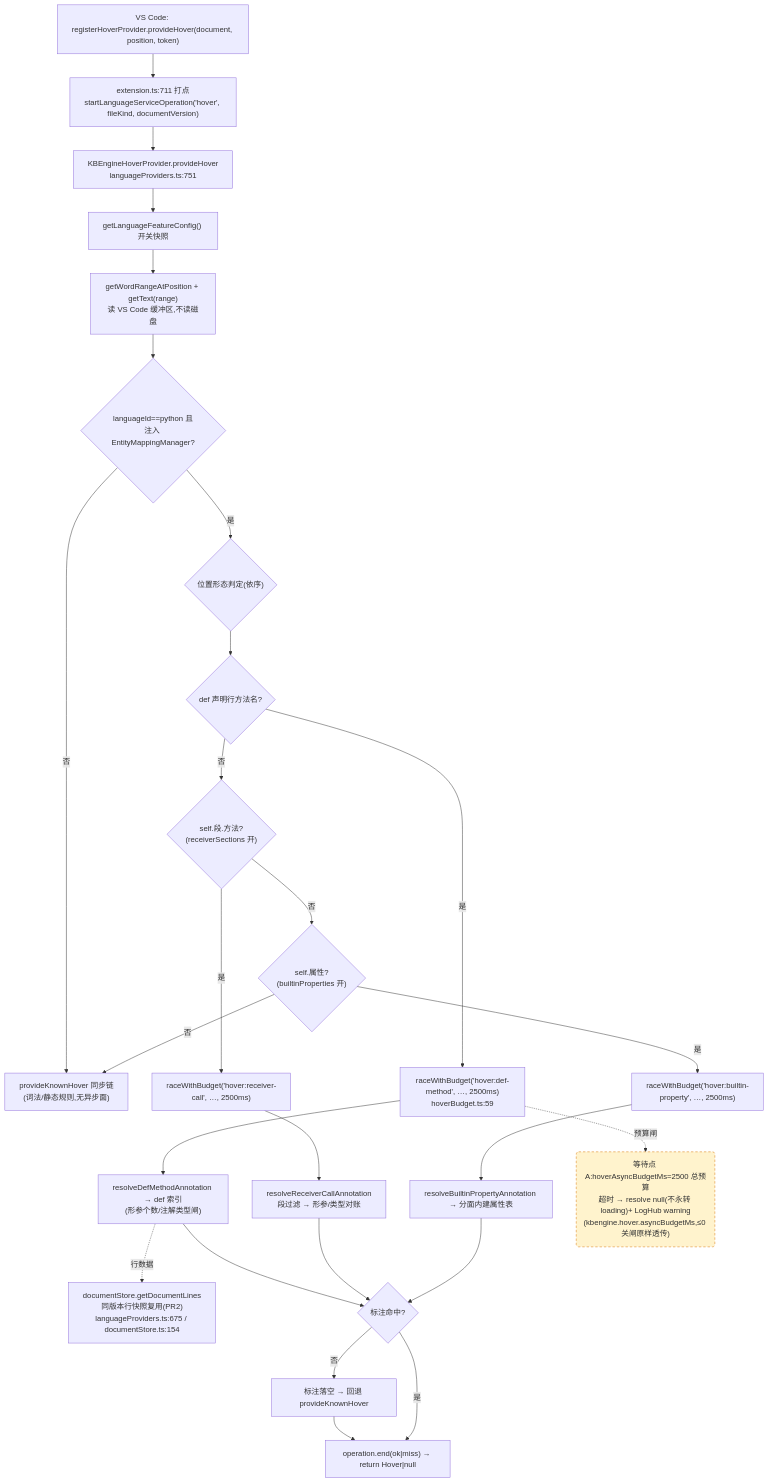
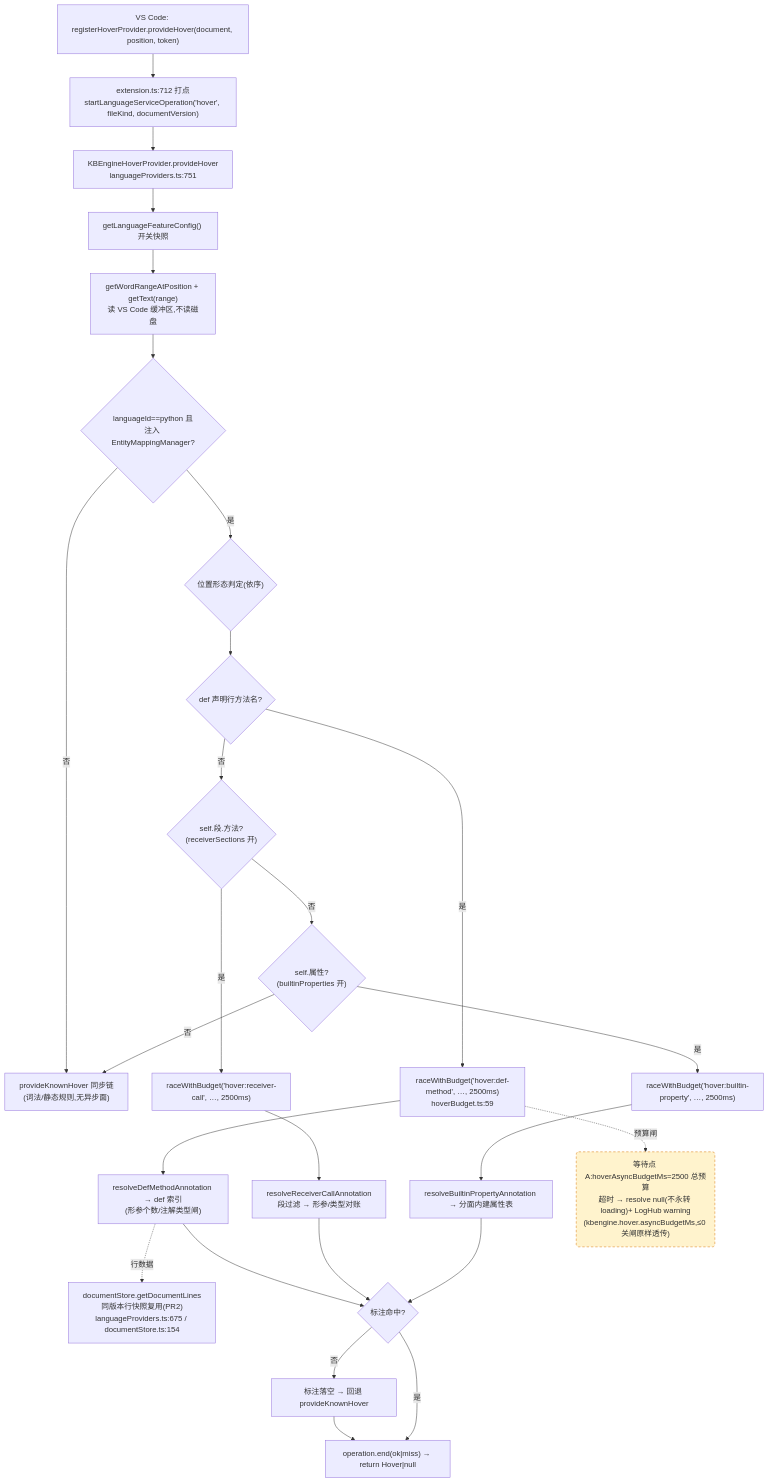
One commit to cuihairu/kode changed the first of 4 diagrams in docs/perf/2026-baseline.md. Above: the diagram before and after it, drawn with Mermaid. The commit also changed other lines of this file and 7 other files, not shown here.

````diff
--- a/docs/perf/2026-baseline.md
+++ b/docs/perf/2026-baseline.md
@@ -82,45 +82,45 @@
 ```mermaid
 flowchart TD
   VC1["VS Code: registerHoverProvider.provideHover(document, position, token)"]
-  M1["extension.ts:711 打点<br/>startLanguageServiceOperation('hover', fileKind, documentVersion)"]
+  M1["extension.ts:712 打点<br/>startLanguageServiceOperation('hover', fileKind, documentVersion)"]
   HP["KBEngineHoverProvider.provideHover<br/>languageProviders.ts:751"]
   CFG["getLanguageFeatureConfig() 开关快照"]
   WORD["getWordRangeAtPosition + getText(range)<br/>读 VS Code 缓冲区,不读磁盘"]
   BR{"languageId==python 且<br/>注入 EntityMappingManager?"}
   KN["provideKnownHover 同步链<br/>(词法/静态规则,无异步面)"]
   POS{"位置形态判定(依序)"}
   D1{"def 声明行方法名?"}
   D2{"self.段.方法?<br/>(receiverSections 开)"}
   D3{"self.属性?<br/>(builtinProperties 开)"}
   RA1["raceWithBudget('hover:def-method', …, 2500ms)<br/>hoverBudget.ts:59"]
   RA2["raceWithBudget('hover:receiver-call', …, 2500ms)"]
   RA3["raceWithBudget('hover:builtin-property', …, 2500ms)"]
   RS1["resolveDefMethodAnnotation → def 索引<br/>(形参个数/注解类型闸)"]
   RS2["resolveReceiverCallAnnotation<br/>段过滤 → 形参/类型对账"]
   RS3["resolveBuiltinPropertyAnnotation → 分面内建属性表"]
   LINES["documentStore.getDocumentLines<br/>同版本行快照复用(PR2)<br/>languageProviders.ts:675 / documentStore.ts:154"]
   MISS["标注落空 → 回退 provideKnownHover"]
   END1["operation.end(ok|miss) → return Hover|null"]
 
   VC1 --> M1 --> HP --> CFG --> WORD --> BR
   BR -- "否" --> KN
   BR -- "是" --> POS --> D1
   D1 -- "是" --> RA1 --> RS1
   D1 -- "否" --> D2
   D2 -- "是" --> RA2 --> RS2
   D2 -- "否" --> D3
   D3 -- "是" --> RA3 --> RS3
   D3 -- "否" --> KN
   RS1 --> HIT{"标注命中?"}
   RS2 --> HIT
   RS3 --> HIT
   RS1 -.->|行数据| LINES
   HIT -- "否" --> MISS --> END1
   HIT -- "是" --> END1
 
   WAITA("等待点 A:hoverAsyncBudgetMs=2500 总预算<br/>超时 → resolve null(不永转 loading)+ LogHub warning<br/>(kbengine.hover.asyncBudgetMs,≤0 关闸原样透传)")
   RA1 -.->|预算闸| WAITA
 
   classDef waitPoint fill:#fff3cd,stroke:#d97706,stroke-dasharray:5 4;
   class WAITA waitPoint;
 ```
````
